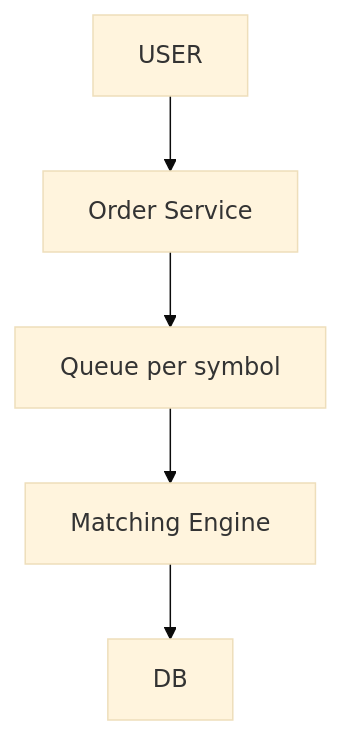
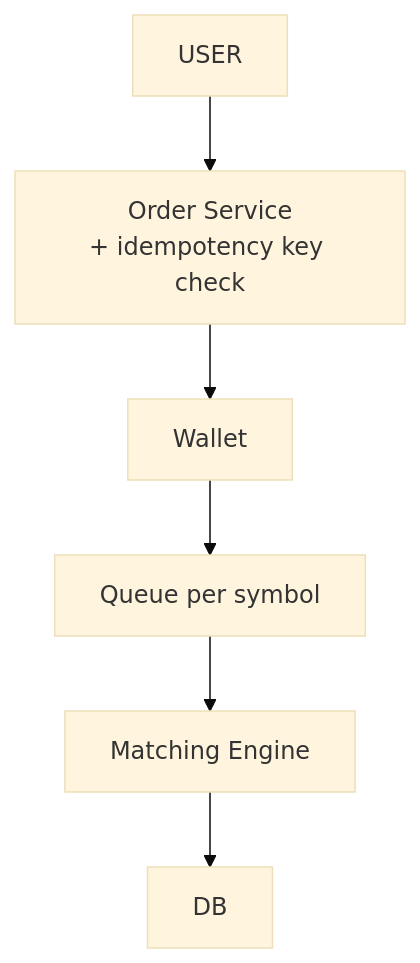
Before and after one commit to ArpanMaheshwari144/Prep: the fourth of 10 diagrams in 04_HLD/SYSTEM_DESIGNS/05_stock_broker_trading/05_stock_broker_trading.md, drawn with Mermaid (base theme). The commit also changed other lines of this file, not shown here.

Commit message:
stock: one-day story in first person, cues, kahani index, progressive diagrams

````diff
--- a/04_HLD/SYSTEM_DESIGNS/05_stock_broker_trading/05_stock_broker_trading.md
+++ b/04_HLD/SYSTEM_DESIGNS/05_stock_broker_trading/05_stock_broker_trading.md
@@ -123,12 +229,14 @@
 ```mermaid
 flowchart TD
     n_USER["USER"]
-    n_Order_Service["Order Service"]
+    n_Order_Service["Order Service<br/>+ idempotency key check"]
+    n_Wallet["Wallet"]
     n_Queue_per_symbol["Queue per symbol"]
     n_Matching_Engine["Matching Engine"]
     n_DB["DB"]
     n_USER --> n_Order_Service
-    n_Order_Service --> n_Queue_per_symbol
+    n_Order_Service --> n_Wallet
+    n_Wallet --> n_Queue_per_symbol
     n_Queue_per_symbol --> n_Matching_Engine
     n_Matching_Engine --> n_DB
 ```
````
